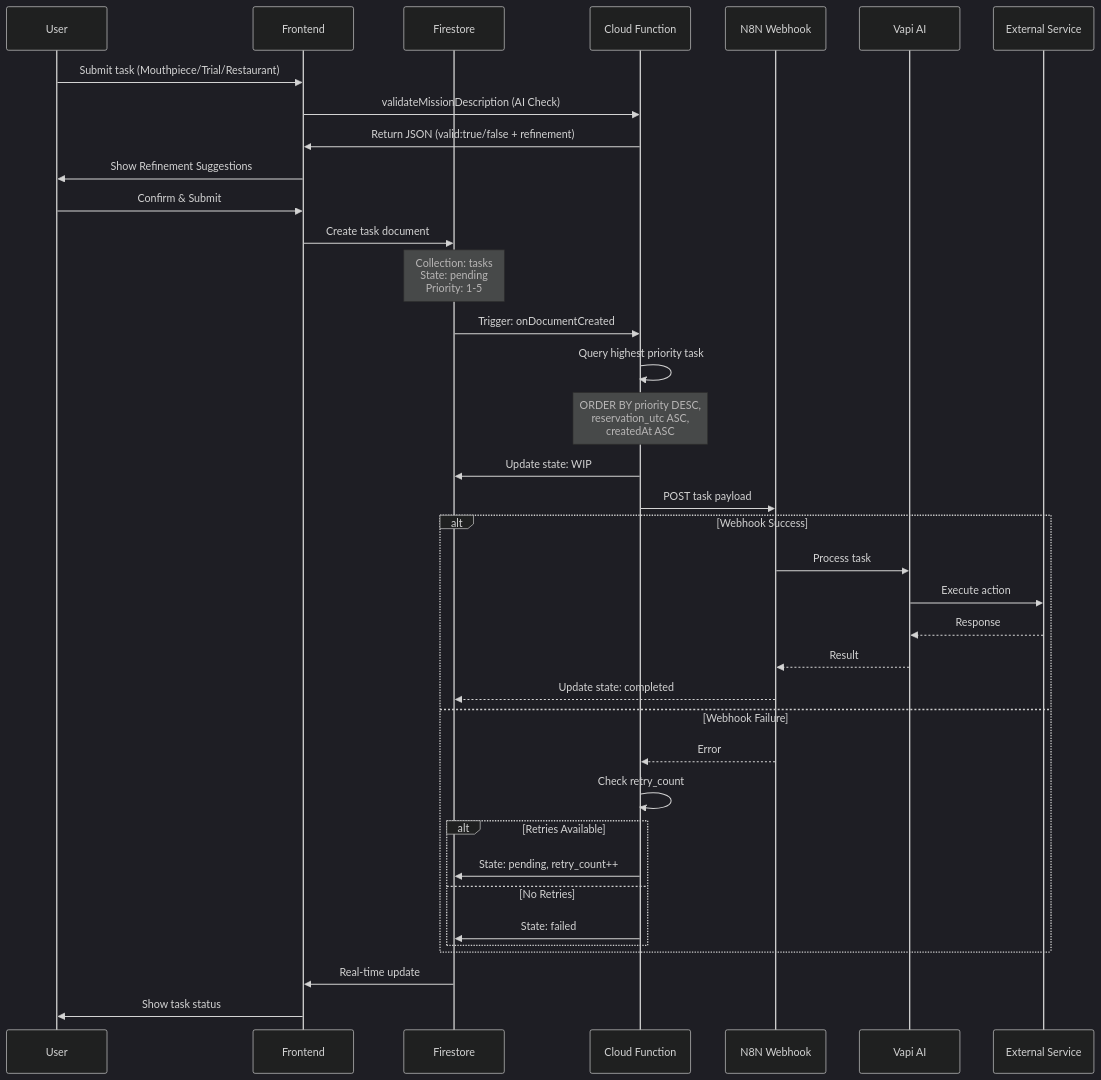
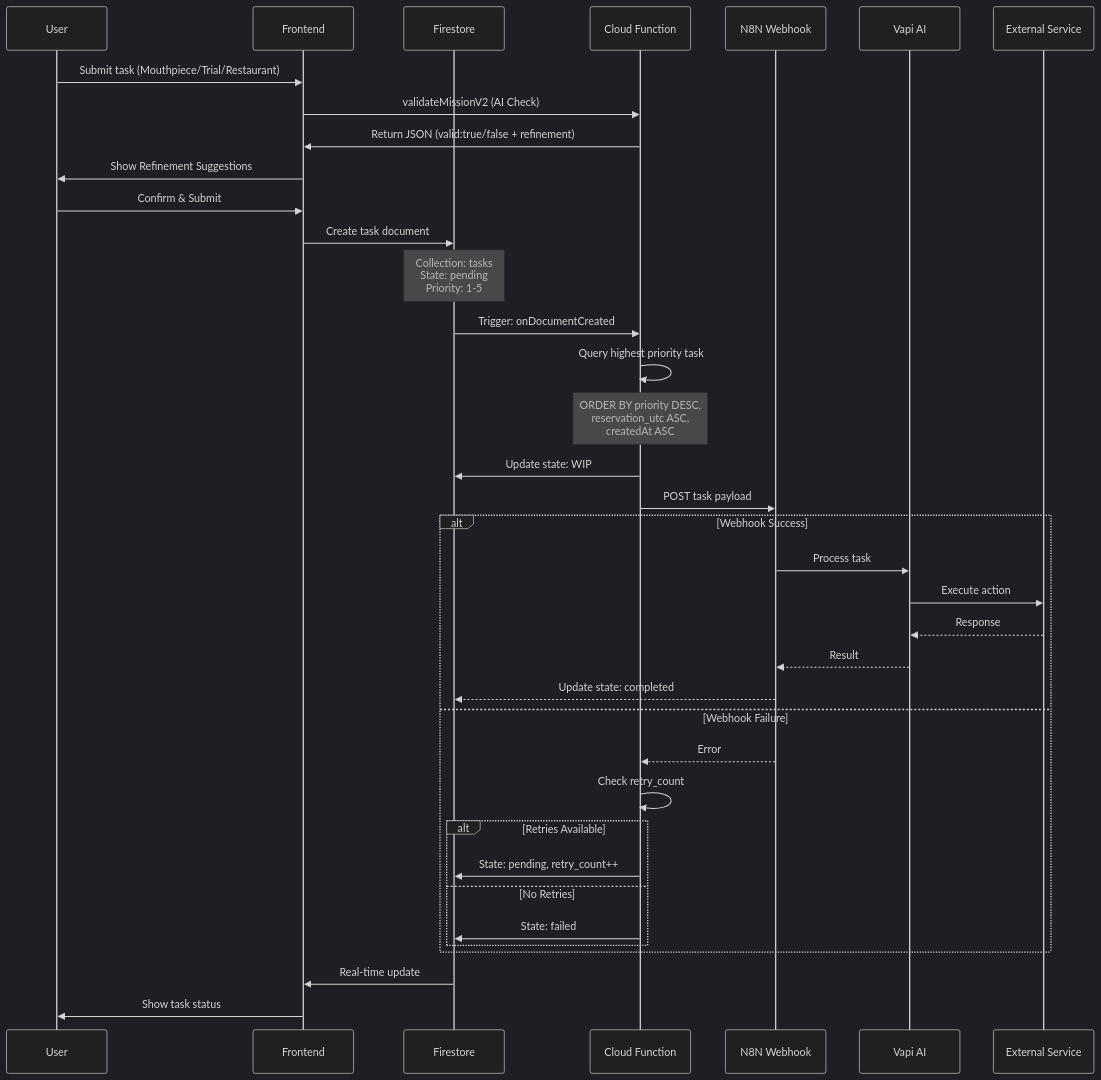
Before and after one commit to slps20425/yihsuanlee.github.io: the first of 2 diagrams in knowledge/modules/task-system.md, drawn with Mermaid (dark theme). The commit also changed 11 other files, not shown here.

````diff
--- a/knowledge/modules/task-system.md
+++ b/knowledge/modules/task-system.md
@@ -18,45 +18,45 @@
 ```mermaid
 sequenceDiagram
     participant User
     participant Frontend
     participant Firestore
     participant Cloud Function
     participant N8N Webhook
     participant Vapi AI
     participant External Service
     
     User->>Frontend: Submit task (Mouthpiece/Trial/Restaurant)
-    Frontend->>Cloud Function: validateMissionDescription (AI Check)
+    Frontend->>Cloud Function: validateMissionV2 (AI Check)
     Cloud Function->>Frontend: Return JSON (valid:true/false + refinement)
     Frontend->>User: Show Refinement Suggestions
     User->>Frontend: Confirm & Submit
     
     Frontend->>Firestore: Create task document
     Note over Firestore: Collection: tasks<br/>State: pending<br/>Priority: 1-5
     
     Firestore->>Cloud Function: Trigger: onDocumentCreated
     Cloud Function->>Cloud Function: Query highest priority task
     Note over Cloud Function: ORDER BY priority DESC,<br/>reservation_utc ASC,<br/>createdAt ASC
     
     Cloud Function->>Firestore: Update state: WIP
     Cloud Function->>N8N Webhook: POST task payload
     
     alt Webhook Success
         N8N Webhook->>Vapi AI: Process task
         Vapi AI->>External Service: Execute action
         External Service-->>Vapi AI: Response
         Vapi AI-->>N8N Webhook: Result
         N8N Webhook-->>Firestore: Update state: completed
     else Webhook Failure
         N8N Webhook-->>Cloud Function: Error
         Cloud Function->>Cloud Function: Check retry_count
         alt Retries Available
             Cloud Function->>Firestore: State: pending, retry_count++
         else No Retries
             Cloud Function->>Firestore: State: failed
         end
     end
     
     Firestore->>Frontend: Real-time update
     Frontend->>User: Show task status
 ```
````
